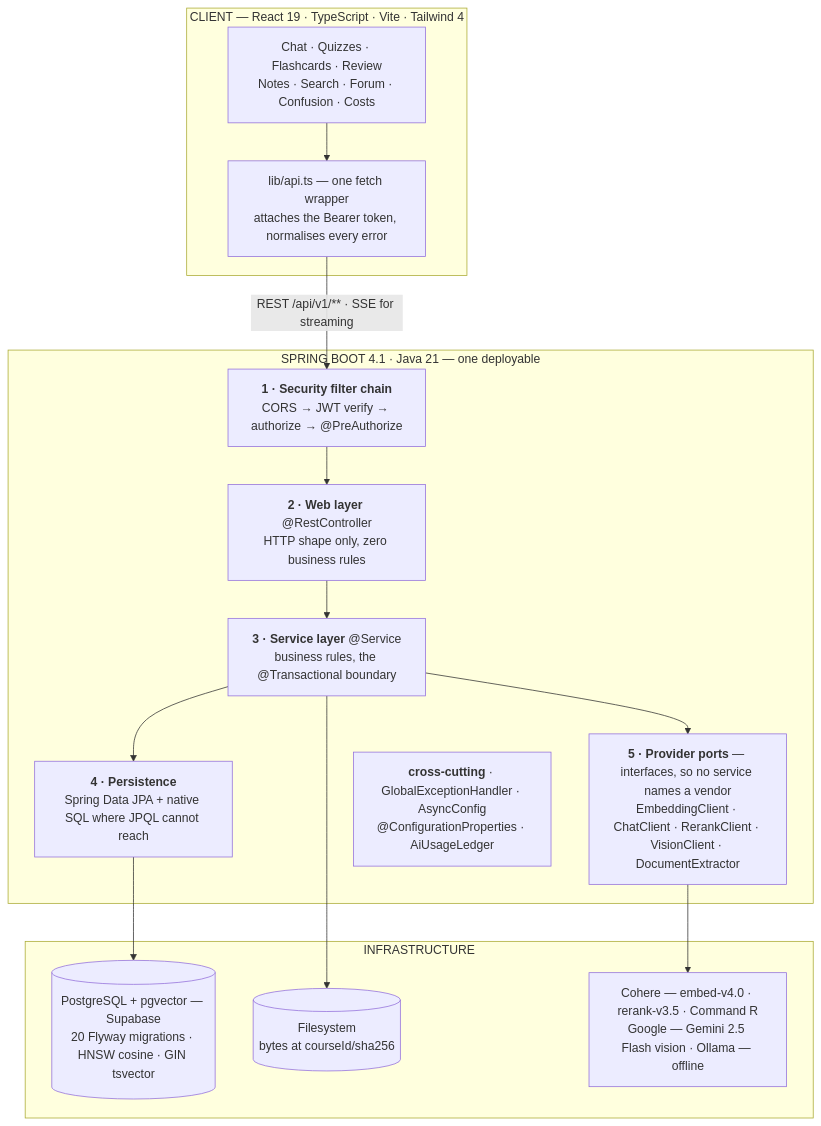
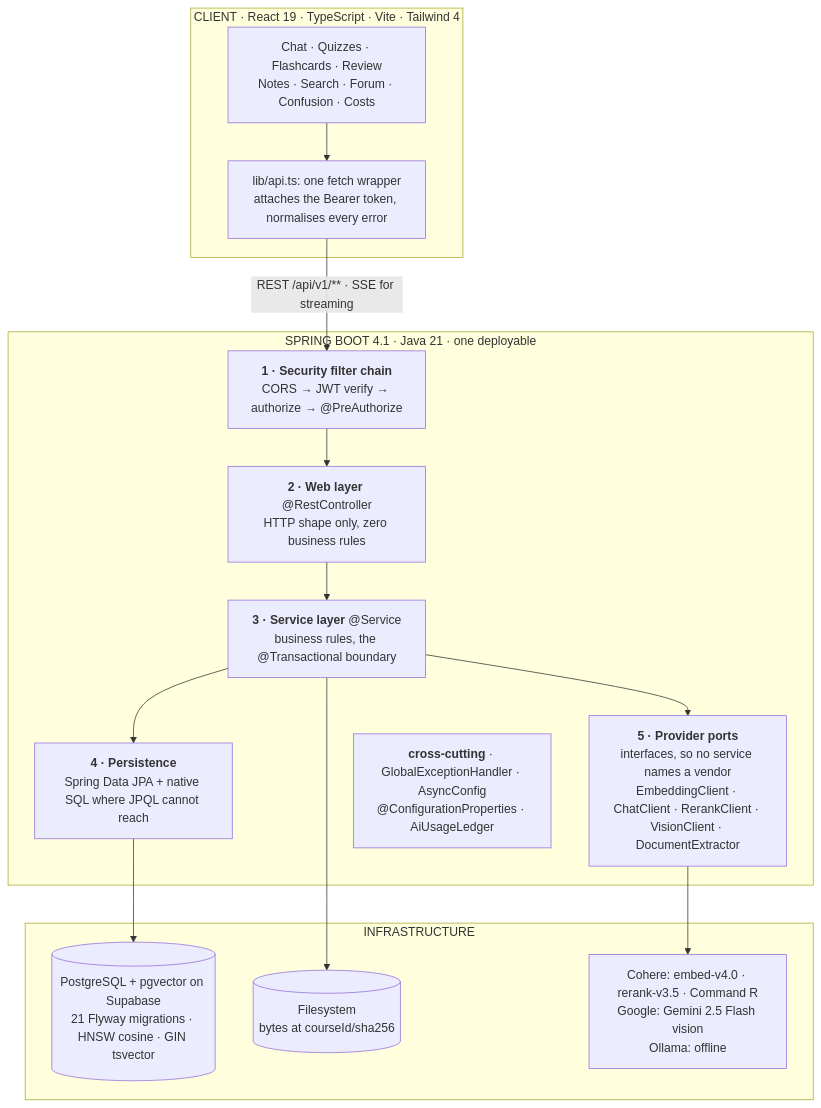
Before and after one commit to human-netizen/STUDYLOOP: the first of 3 diagrams in README.md, drawn with Mermaid. The commit also changed other lines of this file and 47 other files, not shown here.

Commit message:
Embed figure pages as images and fuse them as a third ranked list

````diff
--- a/README.md
+++ b/README.md
@@ -256,31 +298,31 @@
 ```mermaid
 graph TB
-    subgraph CLIENT["CLIENT — React 19 · TypeScript · Vite · Tailwind 4"]
+    subgraph CLIENT["CLIENT · React 19 · TypeScript · Vite · Tailwind 4"]
         UI["Chat · Quizzes · Flashcards · Review<br/>Notes · Search · Forum · Confusion · Costs"]
-        LIB["lib/api.ts — one fetch wrapper<br/>attaches the Bearer token, normalises every error"]
+        LIB["lib/api.ts: one fetch wrapper<br/>attaches the Bearer token, normalises every error"]
         UI --> LIB
     end
 
-    subgraph BACK["SPRING BOOT 4.1 · Java 21 — one deployable"]
+    subgraph BACK["SPRING BOOT 4.1 · Java 21 · one deployable"]
         SEC["<b>1 · Security filter chain</b><br/>CORS → JWT verify → authorize → @PreAuthorize"]
         WEB["<b>2 · Web layer</b> @RestController<br/>HTTP shape only, zero business rules"]
         SVC["<b>3 · Service layer</b> @Service<br/>business rules, the @Transactional boundary"]
         REPO["<b>4 · Persistence</b><br/>Spring Data JPA + native SQL where JPQL cannot reach"]
-        PORT["<b>5 · Provider ports</b> — interfaces, so no service names a vendor<br/>EmbeddingClient · ChatClient · RerankClient · VisionClient · DocumentExtractor"]
+        PORT["<b>5 · Provider ports</b><br/>interfaces, so no service names a vendor<br/>EmbeddingClient · ChatClient · RerankClient · VisionClient · DocumentExtractor"]
         CROSS["<b>cross-cutting</b> · GlobalExceptionHandler · AsyncConfig<br/>@ConfigurationProperties · AiUsageLedger"]
         SEC --> WEB --> SVC
         SVC --> REPO
         SVC --> PORT
     end
 
     subgraph INFRA["INFRASTRUCTURE"]
-        PG[("PostgreSQL + pgvector — Supabase<br/>20 Flyway migrations · HNSW cosine · GIN tsvector")]
+        PG[("PostgreSQL + pgvector on Supabase<br/>21 Flyway migrations · HNSW cosine · GIN tsvector")]
         FS[("Filesystem<br/>bytes at courseId/sha256")]
-        AI["Cohere — embed-v4.0 · rerank-v3.5 · Command R<br/>Google — Gemini 2.5 Flash vision · Ollama — offline"]
+        AI["Cohere: embed-v4.0 · rerank-v3.5 · Command R<br/>Google: Gemini 2.5 Flash vision<br/>Ollama: offline"]
     end
 
     LIB -->|"REST /api/v1/** · SSE for streaming"| SEC
     REPO --> PG
     PORT --> AI
     SVC --> FS
 ```
````
